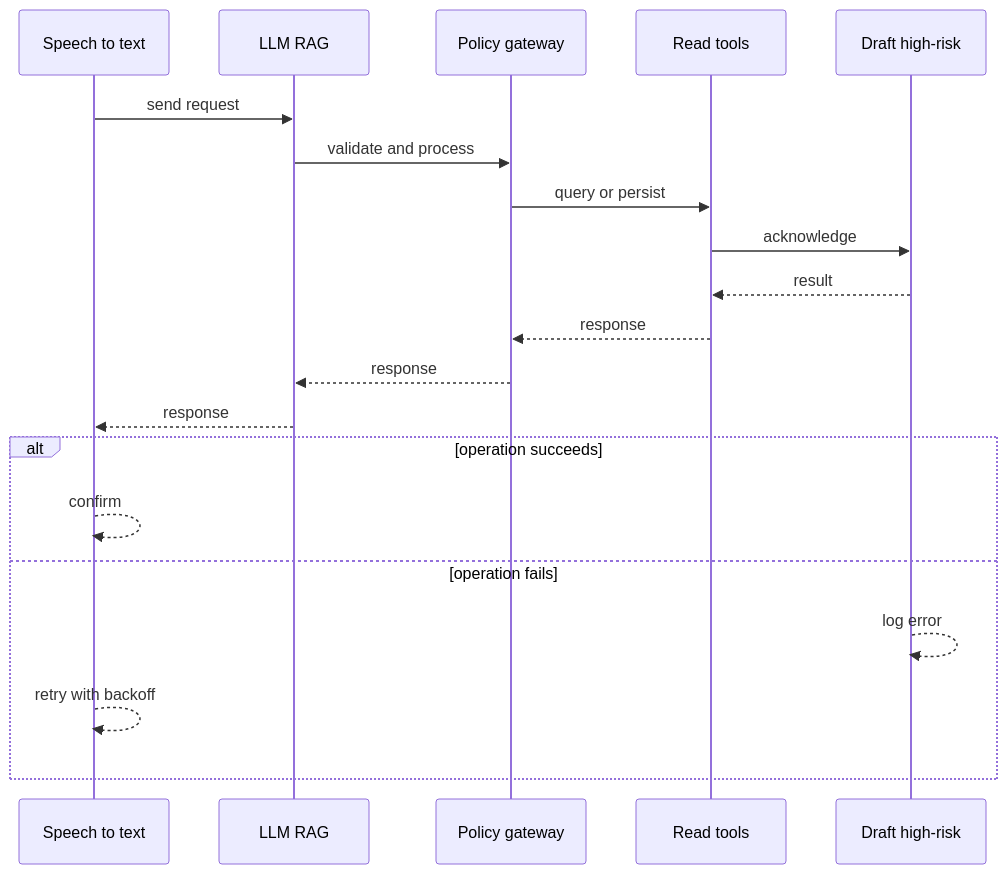
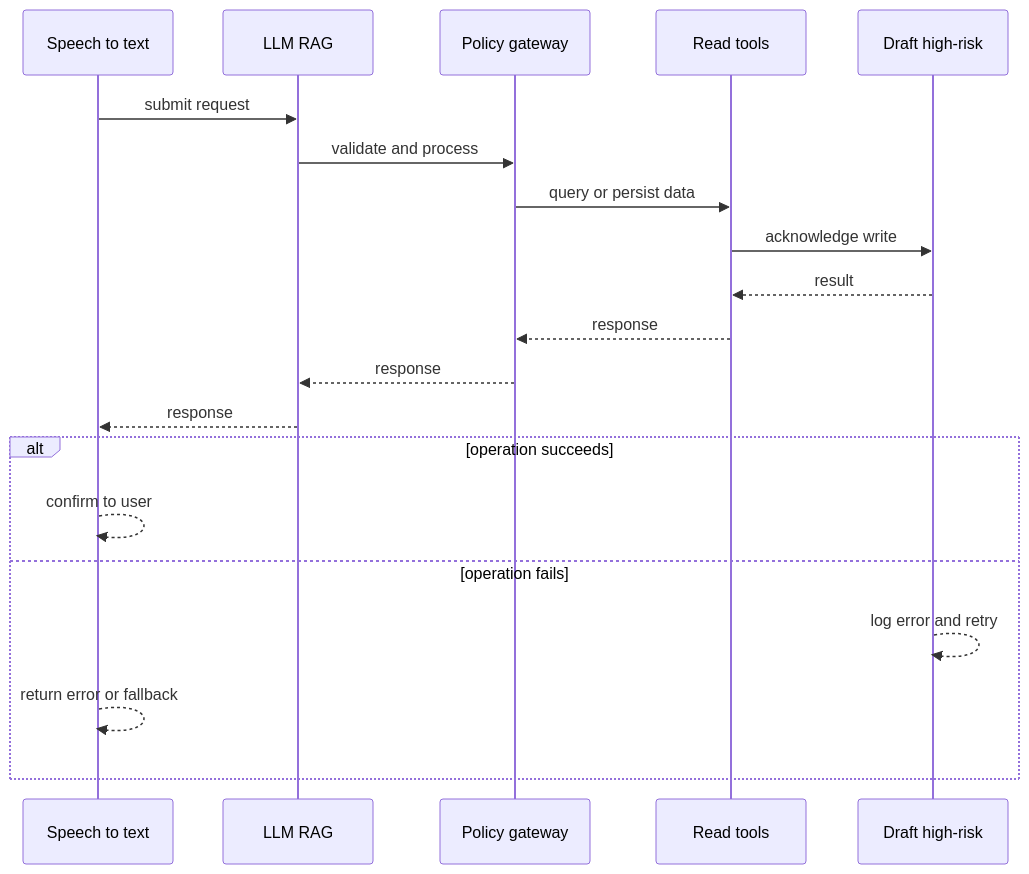
Before and after one commit to RIT-MESH/system-design-mastery: the second of 4 diagrams in case-studies/ai-systems/real-time-voice-agent-platform.md, drawn with Mermaid. The commit also changed other lines of this file and 127 other files, not shown here.

First line of the commit message:
Improve all case study diagrams: case-specific sequences, fix truncated labels

````diff
--- a/case-studies/ai-systems/real-time-voice-agent-platform.md
+++ b/case-studies/ai-systems/real-time-voice-agent-platform.md
@@ -79,23 +79,23 @@
 ```mermaid
 %% created-for: system-design-mastery
 sequenceDiagram
-  participant C0 as Speech to text
-  participant C1 as LLM RAG
-  participant C2 as Policy gateway
-  participant C3 as Read tools
-  participant C4 as Draft high-risk
-  C0 ->> C1: send request
-  C1 ->> C2: validate and process
-  C2 ->> C3: query or persist
-  C3 ->> C4: acknowledge
-  C4 -->> C3: result
-  C3 -->> C2: response
-  C2 -->> C1: response
-  C1 -->> C0: response
+  participant P0 as Speech to text
+  participant P1 as LLM RAG
+  participant P2 as Policy gateway
+  participant P3 as Read tools
+  participant P4 as Draft high-risk
+  P0 ->> P1: submit request
+  P1 ->> P2: validate and process
+  P2 ->> P3: query or persist data
+  P3 ->> P4: acknowledge write
+  P4 -->> P3: result
+  P3 -->> P2: response
+  P2 -->> P1: response
+  P1 -->> P0: response
   alt operation succeeds
-    C0 -->> C0: confirm
+    P0 -->> P0: confirm to user
   else operation fails
-    C4 -->> C4: log error
-    C0 -->> C0: retry with backoff
+    P4 -->> P4: log error and retry
+    P0 -->> P0: return error or fallback
   end
 ```
````
